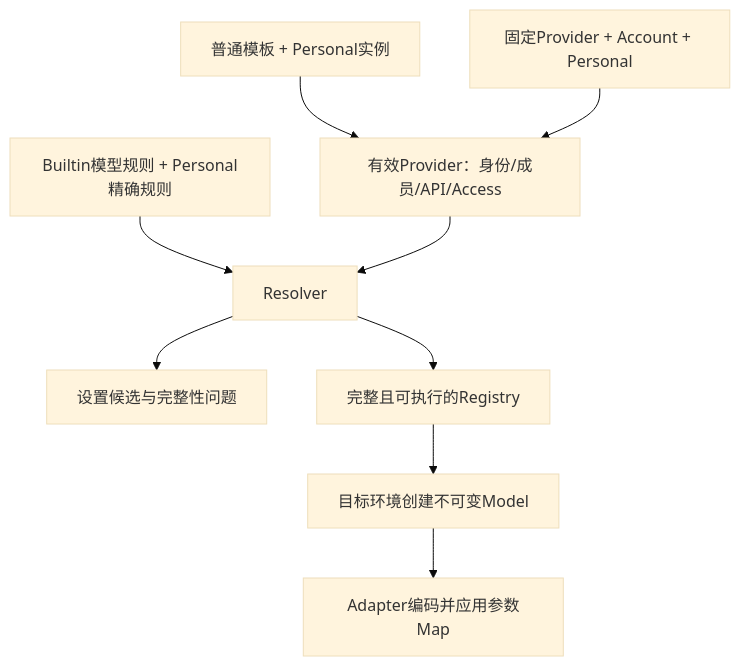
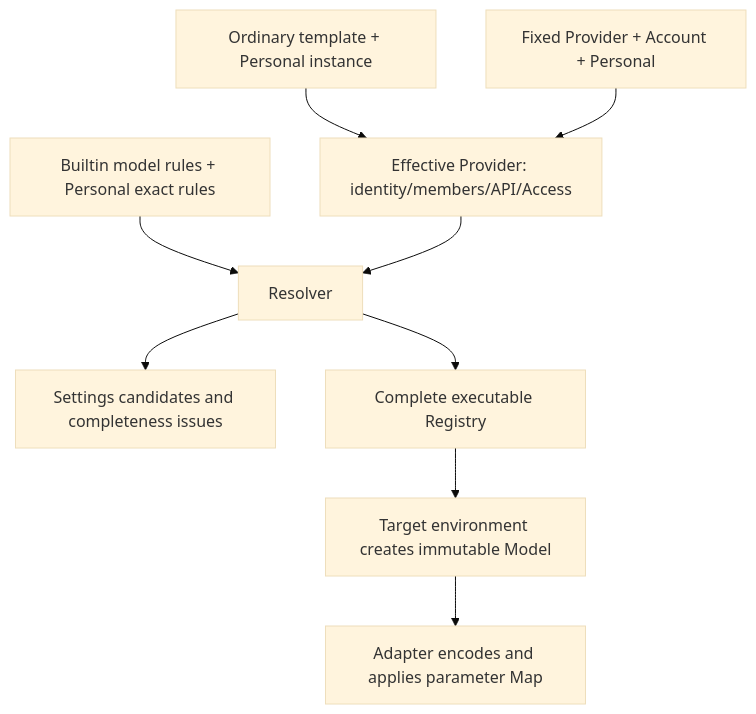
One commit to osben/ZCode changed the diagram in docs/builtin-provider-maintenance/configuration.md. Above: the diagram before and after it, drawn with Mermaid (base theme). The commit also changed other lines of this file and 25 other files, not shown here.

````diff
--- a/docs/builtin-provider-maintenance/configuration.md
+++ b/docs/builtin-provider-maintenance/configuration.md
@@ -18,11 +18,11 @@
 ```mermaid
 flowchart TD
-    T[普通模板 + Personal实例] --> P[有效Provider：身份/成员/API/Access]
-    A[固定Provider + Account + Personal] --> P
-    B[Builtin模型规则 + Personal精确规则] --> R[Resolver]
+    T[Ordinary template + Personal instance] --> P[Effective Provider: identity/members/API/Access]
+    A[Fixed Provider + Account + Personal] --> P
+    B[Builtin model rules + Personal exact rules] --> R[Resolver]
     P --> R
-    R --> S[设置候选与完整性问题]
-    R --> G[完整且可执行的Registry]
-    G --> M[目标环境创建不可变Model]
-    M --> H[Adapter编码并应用参数Map]
+    R --> S[Settings candidates and completeness issues]
+    R --> G[Complete executable Registry]
+    G --> M[Target environment creates immutable Model]
+    M --> H[Adapter encodes and applies parameter Map]
 ```
````
